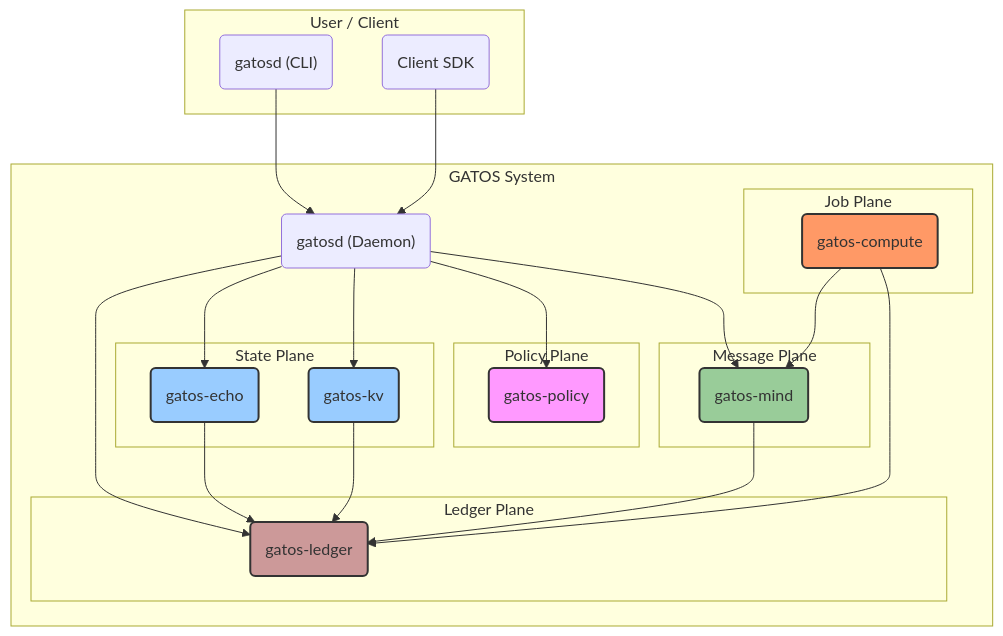
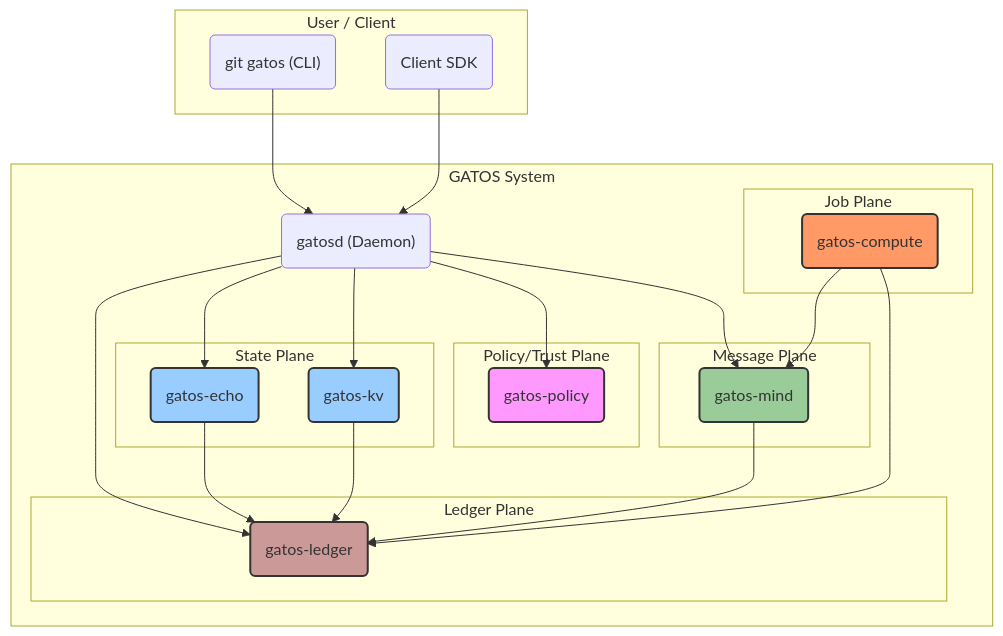
One commit to flyingrobots/gatos changed the diagram in docs/diagrams/architecture.md. Above: the diagram before and after it, drawn with Mermaid. The commit also changed 2 other files, not shown here.

Commit message:
docs(diagrams): unify labels — 'Policy/Trust Plane' and 'git gatos (CLI)' across architecture diagrams

````diff
--- a/docs/diagrams/architecture.md
+++ b/docs/diagrams/architecture.md
@@ -5,54 +5,54 @@
 ```mermaid
 graph TD
     subgraph "User / Client"
-        CLI("gatosd (CLI)")
+        CLI("git gatos (CLI)")
         SDK("Client SDK")
     end
 
     subgraph "GATOS System"
         Daemon("gatosd (Daemon)")
 
-        subgraph "Policy Plane"
+        subgraph "Policy/Trust Plane"
             Policy("gatos-policy");
         end
 
         subgraph "State Plane"
             Echo("gatos-echo");
             KV("gatos-kv");
         end
 
         subgraph "Message Plane"
             Mind("gatos-mind");
         end
 
         subgraph "Job Plane"
             Compute("gatos-compute");
         end
 
         subgraph "Ledger Plane"
             Ledger("gatos-ledger");
         end
 
         Daemon --> Policy;
         Daemon --> Echo;
         Daemon --> KV;
         Daemon --> Mind;
         Daemon --> Ledger;
 
         Echo --> Ledger;
         KV --> Ledger;
         Mind --> Ledger;
         Compute --> Mind;
         Compute --> Ledger;
     end
 
     CLI --> Daemon;
     SDK --> Daemon;
 
     style Policy fill:#f9f,stroke:#333,stroke-width:2px
     style Echo fill:#9cf,stroke:#333,stroke-width:2px
     style KV fill:#9cf,stroke:#333,stroke-width:2px
     style Mind fill:#9c9,stroke:#333,stroke-width:2px
     style Ledger fill:#c99,stroke:#333,stroke-width:2px
     style Compute fill:#f96,stroke:#333,stroke-width:2px
 ```
````
